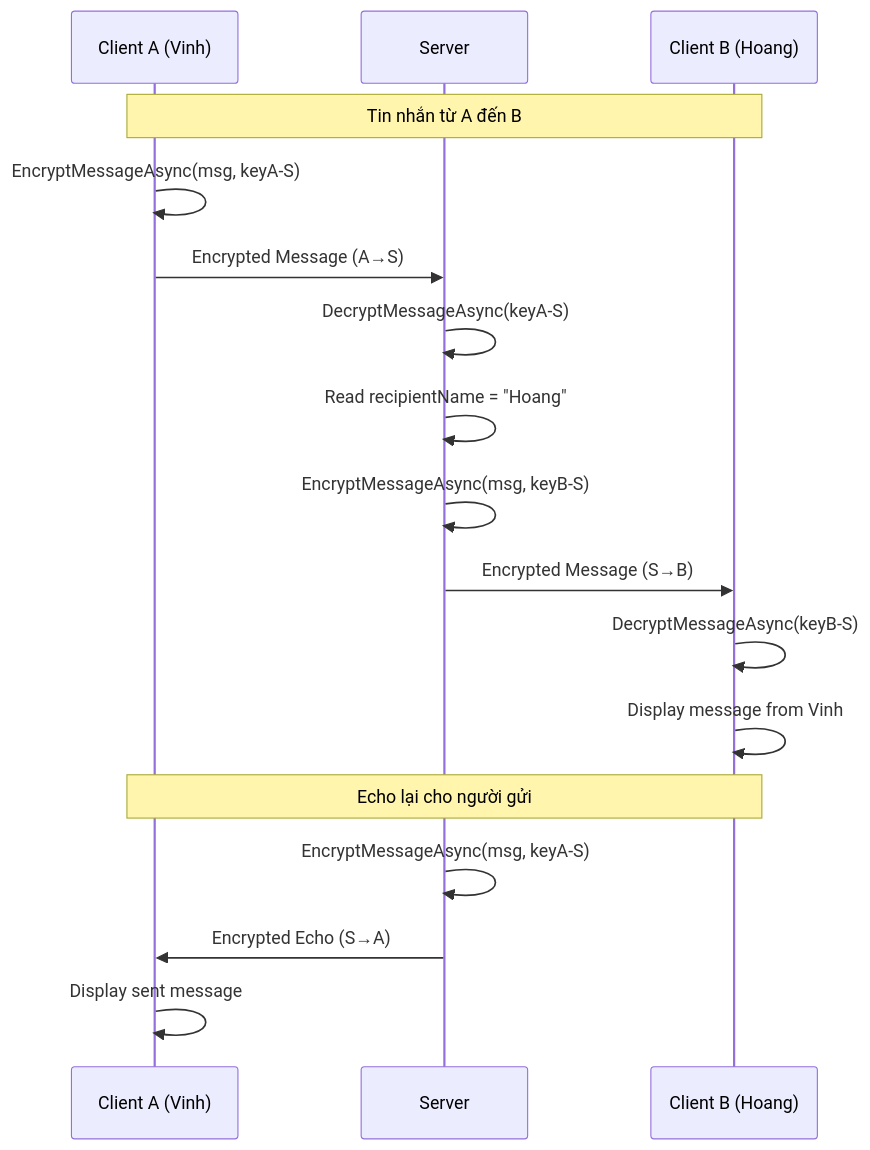
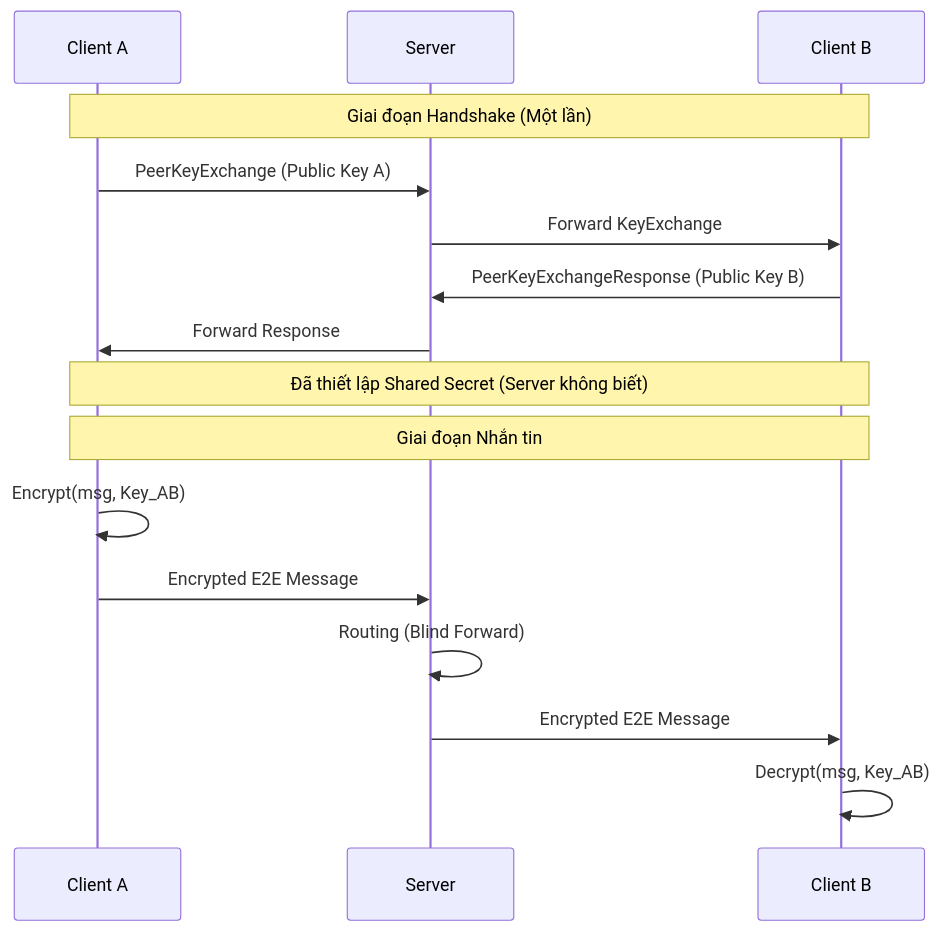
One commit to QuocVinhTrinhLam/SecureChat-System changed the third of 10 diagrams in docs/SECURITY_FLOW.md. Above: the diagram before and after it, drawn with Mermaid. The commit also changed other lines of this file and 41 other files, not shown here.

````diff
--- a/docs/SECURITY_FLOW.md
+++ b/docs/SECURITY_FLOW.md
@@ -119,22 +186,20 @@
 ```mermaid
 sequenceDiagram
-    participant A as Client A (Vinh)
+    participant A as Client A
     participant S as Server
-    participant B as Client B (Hoang)
+    participant B as Client B
     
-    Note over A,B: Tin nhắn từ A đến B
-    
-    A->>A: EncryptMessageAsync(msg, keyA-S)
-    A->>S: Encrypted Message (A→S)
-    S->>S: DecryptMessageAsync(keyA-S)
-    S->>S: Read recipientName = "Hoang"
-    S->>S: EncryptMessageAsync(msg, keyB-S)
-    S->>B: Encrypted Message (S→B)
-    B->>B: DecryptMessageAsync(keyB-S)
-    B->>B: Display message from Vinh
-    
-    Note over A,B: Echo lại cho người gửi
-    S->>S: EncryptMessageAsync(msg, keyA-S)
-    S->>A: Encrypted Echo (S→A)
-    A->>A: Display sent message
+    Note over A,B: Giai đoạn Handshake (Một lần)
+    A->>S: PeerKeyExchange (Public Key A)
+    S->>B: Forward KeyExchange
+    B->>S: PeerKeyExchangeResponse (Public Key B)
+    S->>A: Forward Response
+    Note over A,B: Đã thiết lập Shared Secret (Server không biết)
+
+    Note over A,B: Giai đoạn Nhắn tin
+    A->>A: Encrypt(msg, Key_AB)
+    A->>S: Encrypted E2E Message
+    S->>S: Routing (Blind Forward)
+    S->>B: Encrypted E2E Message
+    B->>B: Decrypt(msg, Key_AB)
 ```
````
